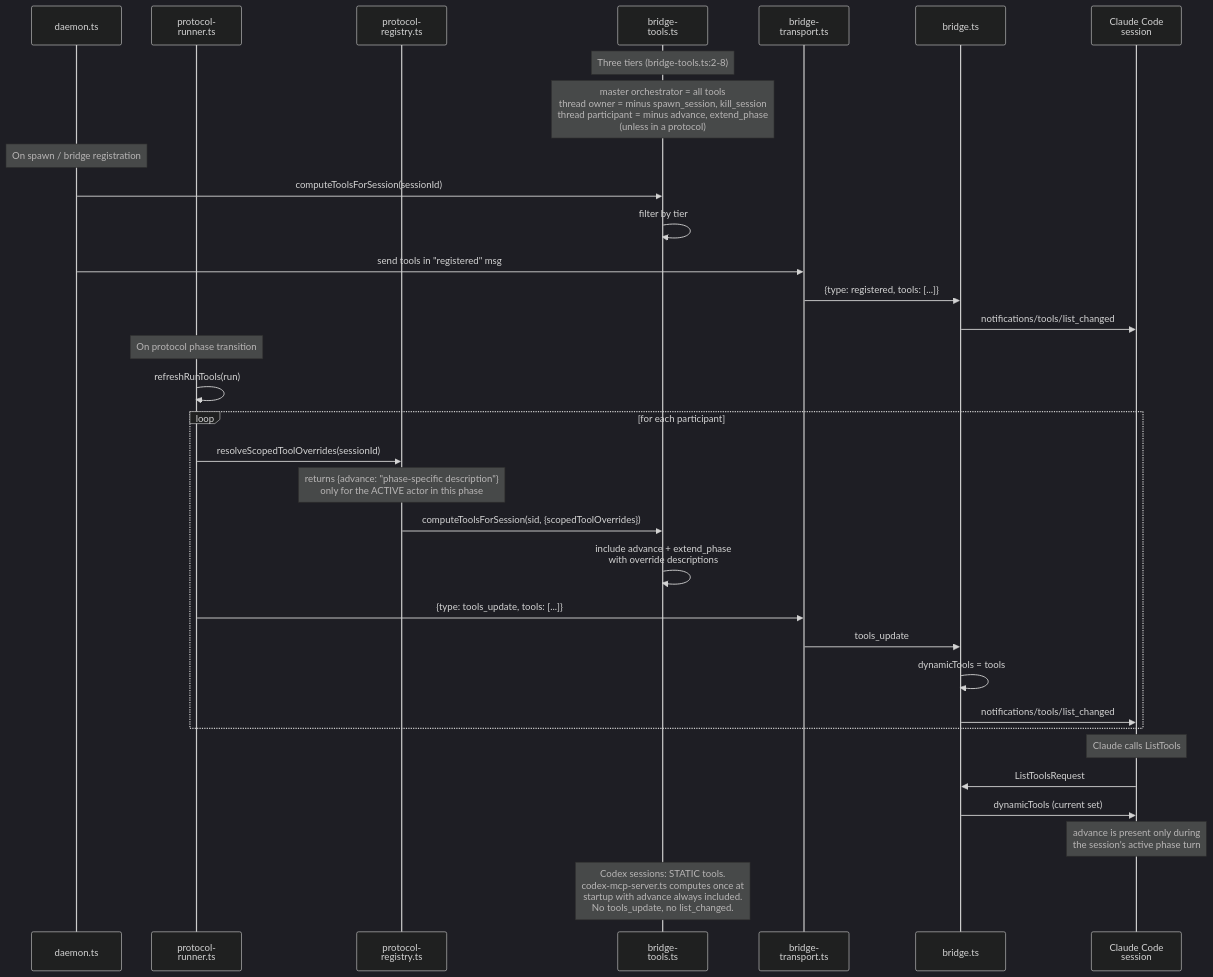
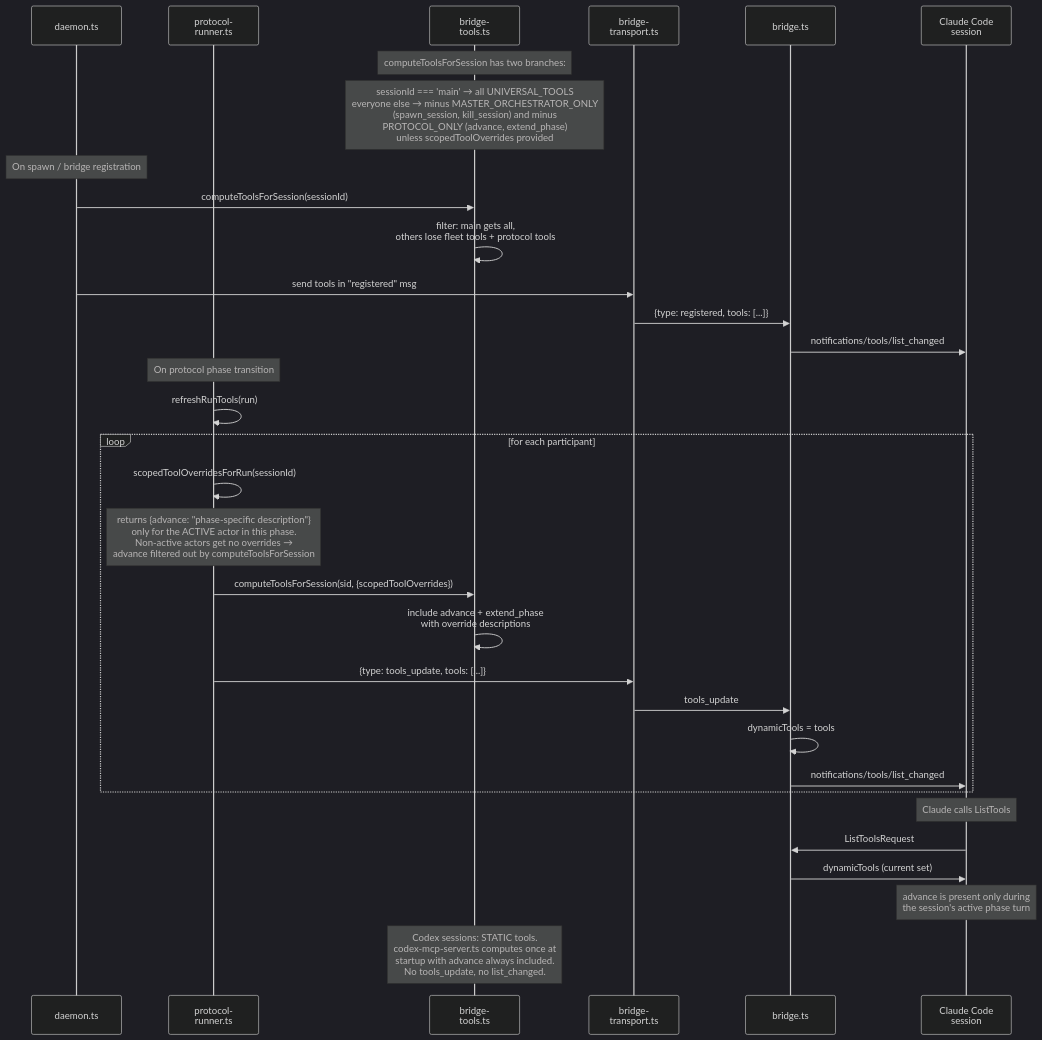
One commit to sf8193/hydra changed the diagram in diagrams/flow-tool-scoping.mmd. Above: the diagram before and after it, drawn with Mermaid (dark theme). The commit also changed 5 other files, not shown here.

```diff
--- a/diagrams/flow-tool-scoping.mmd
+++ b/diagrams/flow-tool-scoping.mmd
@@ -1,42 +1,41 @@
-%% Tool Scoping — three tiers, dynamic per phase
+%% Tool Scoping — two code branches, dynamic overrides per phase
 %% Why "advance" appears and disappears between protocol phases.
 %% The tool list mutates at runtime and is re-pushed over MCP.
 
 sequenceDiagram
     participant daemon as daemon.ts
     participant runner as protocol-<br/>runner.ts
-    participant registry as protocol-<br/>registry.ts
     participant tools as bridge-<br/>tools.ts
     participant transport as bridge-<br/>transport.ts
     participant bridge as bridge.ts
     participant cc as Claude Code<br/>session
 
-    Note over tools: Three tiers (bridge-tools.ts:2-8)
-    Note over tools: master orchestrator = all tools<br/>thread owner = minus spawn_session, kill_session<br/>thread participant = minus advance, extend_phase<br/>(unless in a protocol)
+    Note over tools: computeToolsForSession has two branches:
+    Note over tools: sessionId === 'main' → all UNIVERSAL_TOOLS<br/>everyone else → minus MASTER_ORCHESTRATOR_ONLY<br/>(spawn_session, kill_session) and minus<br/>PROTOCOL_ONLY (advance, extend_phase)<br/>unless scopedToolOverrides provided
 
     Note over daemon: On spawn / bridge registration
     daemon->>tools: computeToolsForSession(sessionId)
-    tools->>tools: filter by tier
+    tools->>tools: filter: main gets all,<br/>others lose fleet tools + protocol tools
     daemon->>transport: send tools in "registered" msg
     transport->>bridge: {type: registered, tools: [...]}
     bridge->>cc: notifications/tools/list_changed
 
     Note over runner: On protocol phase transition
     runner->>runner: refreshRunTools(run)
     loop for each participant
-        runner->>registry: resolveScopedToolOverrides(sessionId)
-        Note over registry: returns {advance: "phase-specific description"}<br/>only for the ACTIVE actor in this phase
-        registry->>tools: computeToolsForSession(sid, {scopedToolOverrides})
+        runner->>runner: scopedToolOverridesForRun(sessionId)
+        Note over runner: returns {advance: "phase-specific description"}<br/>only for the ACTIVE actor in this phase.<br/>Non-active actors get no overrides →<br/>advance filtered out by computeToolsForSession
+        runner->>tools: computeToolsForSession(sid, {scopedToolOverrides})
         tools->>tools: include advance + extend_phase<br/>with override descriptions
         runner->>transport: {type: tools_update, tools: [...]}
         transport->>bridge: tools_update
         bridge->>bridge: dynamicTools = tools
         bridge->>cc: notifications/tools/list_changed
     end
 
     Note over cc: Claude calls ListTools
     cc->>bridge: ListToolsRequest
     bridge->>cc: dynamicTools (current set)
     Note over cc: advance is present only during<br/>the session's active phase turn
 
     Note over tools: Codex sessions: STATIC tools.<br/>codex-mcp-server.ts computes once at<br/>startup with advance always included.<br/>No tools_update, no list_changed.
```
